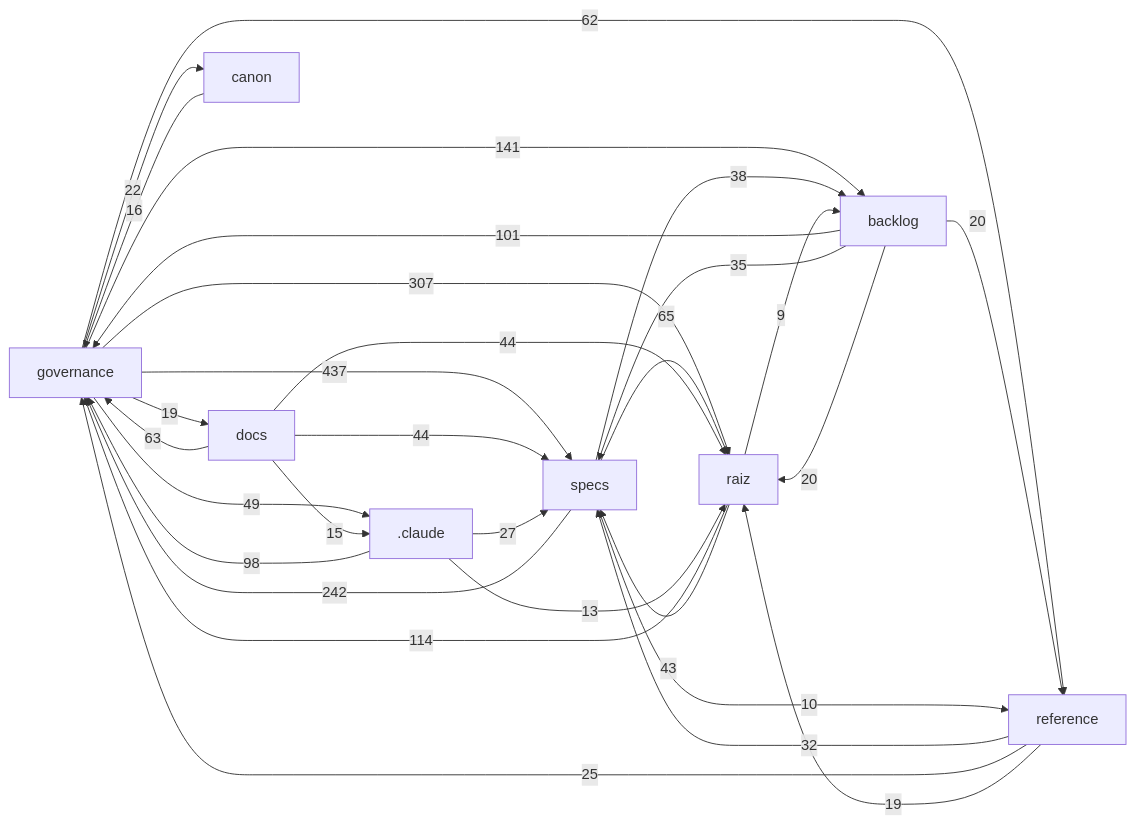
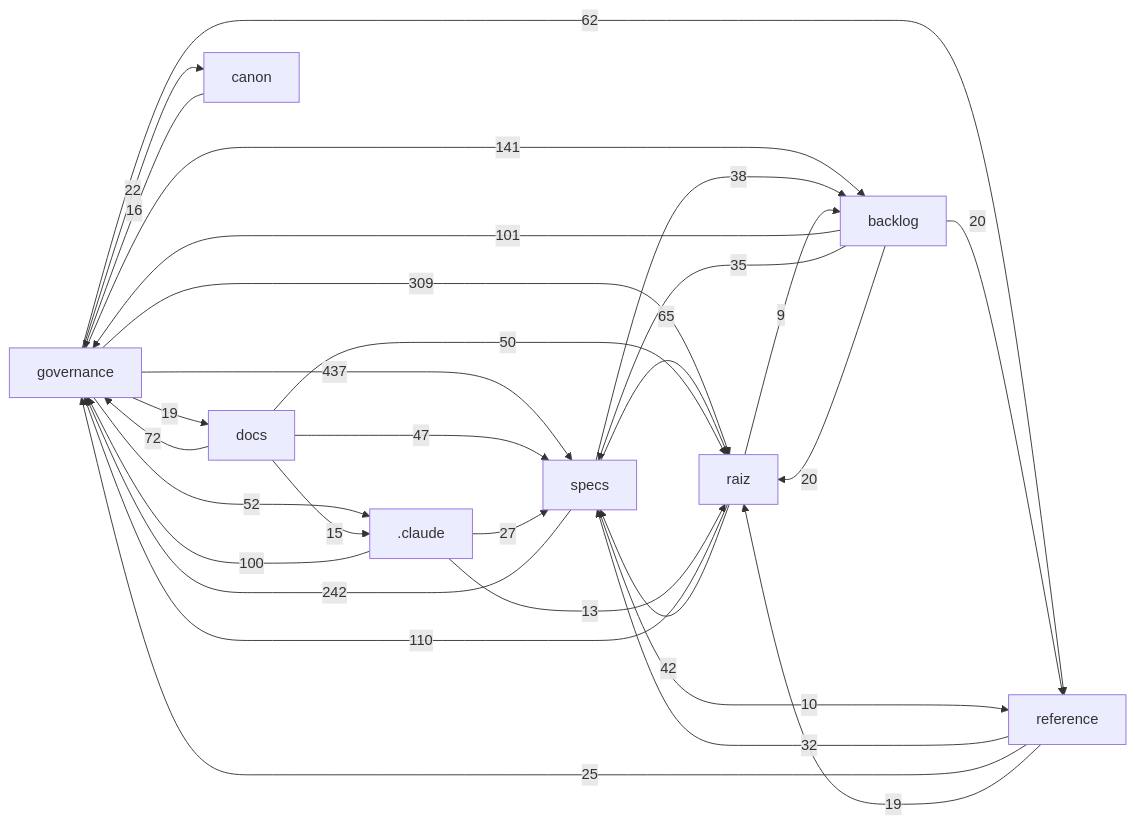
One commit to Andraus35/Sistema-Operacional-de-Trading--SOT changed the diagram in docs/mapa/MAPA-PROJETO.md. Above: the diagram before and after it, drawn with Mermaid. The commit also changed other lines of this file and 14 other files, not shown here.

````diff
--- a/docs/mapa/MAPA-PROJETO.md
+++ b/docs/mapa/MAPA-PROJETO.md
@@ -29,32 +29,32 @@
 ```mermaid
 flowchart LR
   governance["governance"] -->|437| specs["specs"]
-  governance["governance"] -->|307| raiz["raiz"]
+  governance["governance"] -->|309| raiz["raiz"]
   specs["specs"] -->|242| governance["governance"]
   governance["governance"] -->|141| backlog["backlog"]
-  raiz["raiz"] -->|114| governance["governance"]
+  raiz["raiz"] -->|110| governance["governance"]
   backlog["backlog"] -->|101| governance["governance"]
-  _claude[".claude"] -->|98| governance["governance"]
+  _claude[".claude"] -->|100| governance["governance"]
+  docs["docs"] -->|72| governance["governance"]
   specs["specs"] -->|65| raiz["raiz"]
-  docs["docs"] -->|63| governance["governance"]
   governance["governance"] -->|62| reference["reference"]
-  governance["governance"] -->|49| _claude[".claude"]
-  docs["docs"] -->|44| raiz["raiz"]
-  docs["docs"] -->|44| specs["specs"]
-  raiz["raiz"] -->|43| specs["specs"]
+  governance["governance"] -->|52| _claude[".claude"]
+  docs["docs"] -->|50| raiz["raiz"]
+  docs["docs"] -->|47| specs["specs"]
+  raiz["raiz"] -->|42| specs["specs"]
   specs["specs"] -->|38| backlog["backlog"]
   backlog["backlog"] -->|35| specs["specs"]
   reference["reference"] -->|32| specs["specs"]
   _claude[".claude"] -->|27| specs["specs"]
   reference["reference"] -->|25| governance["governance"]
   governance["governance"] -->|22| canon["canon"]
   backlog["backlog"] -->|20| raiz["raiz"]
   backlog["backlog"] -->|20| reference["reference"]
   governance["governance"] -->|19| docs["docs"]
   reference["reference"] -->|19| raiz["raiz"]
   canon["canon"] -->|16| governance["governance"]
   docs["docs"] -->|15| _claude[".claude"]
   _claude[".claude"] -->|13| raiz["raiz"]
   specs["specs"] -->|10| reference["reference"]
   raiz["raiz"] -->|9| backlog["backlog"]
 ```
````
